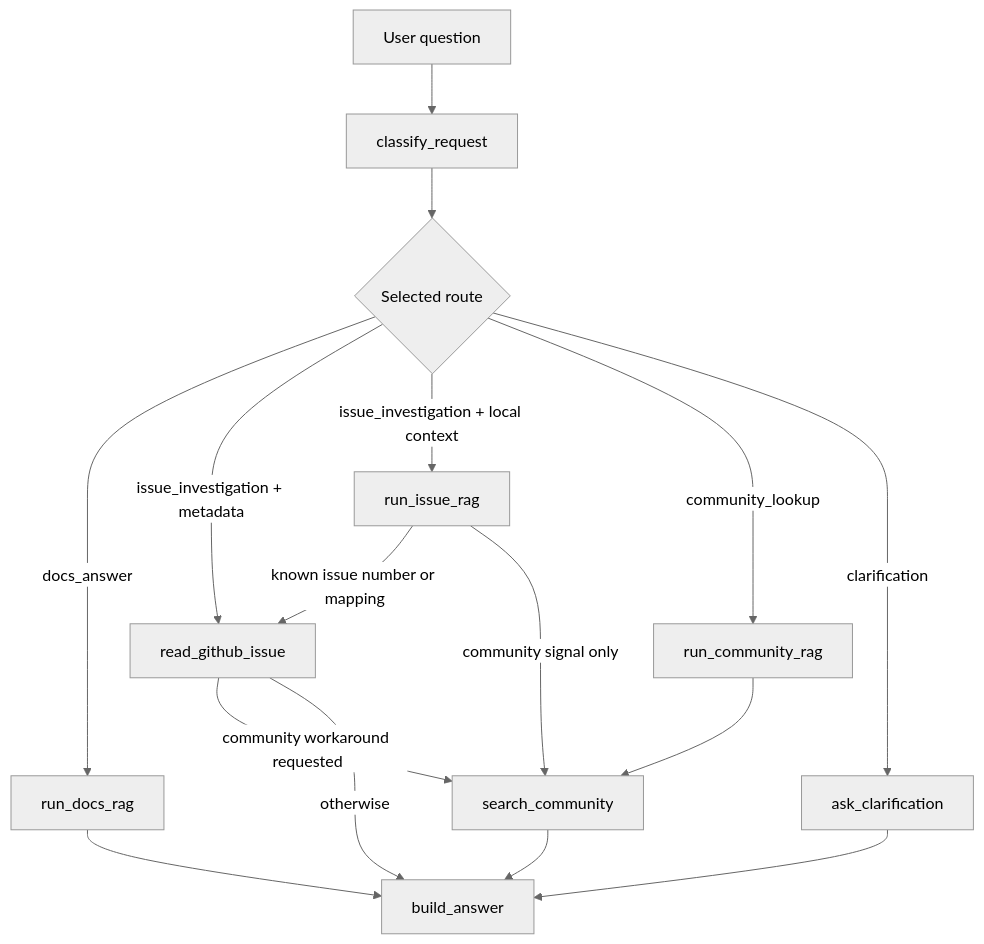
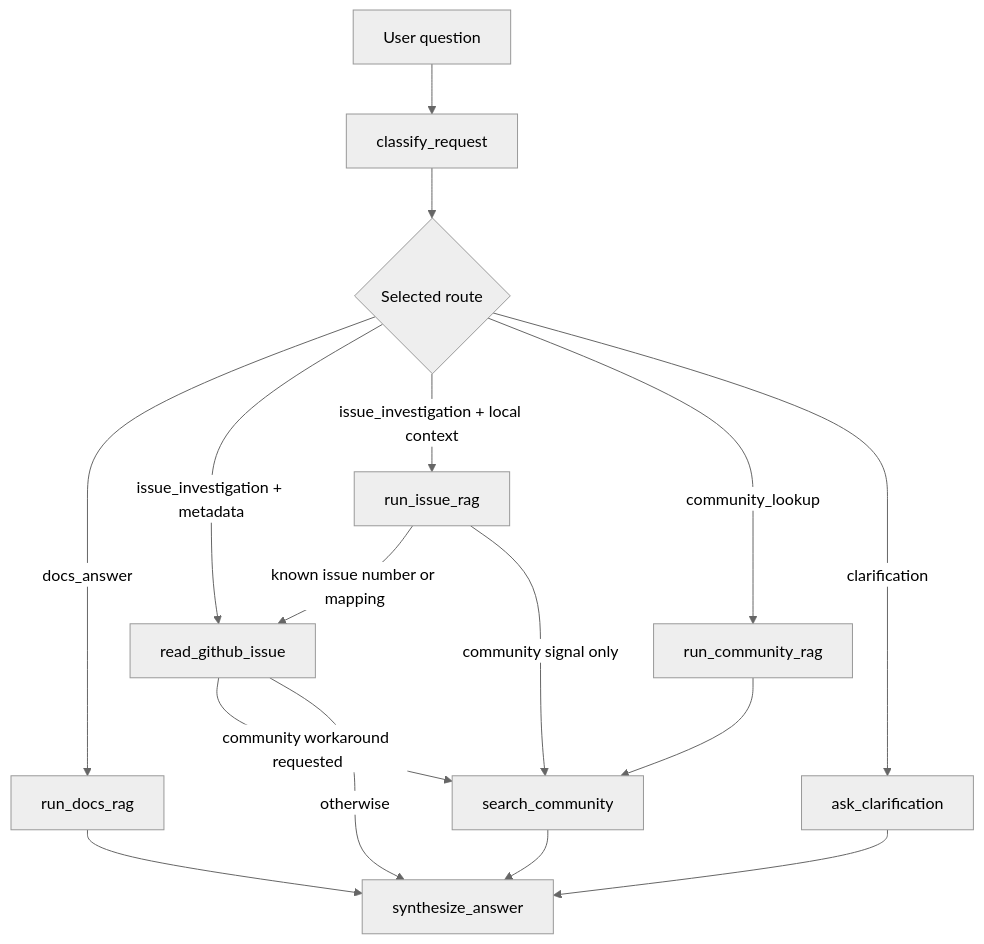
One commit to Uhbyxer/supp-bro changed the diagram in scripts/final/README.md. Above: the diagram before and after it, drawn with Mermaid (neutral theme). The commit also changed other lines of this file, not shown here.

````diff
--- a/scripts/final/README.md
+++ b/scripts/final/README.md
@@ -70,18 +70,18 @@
 ```mermaid
 flowchart TD
   Q["User question"] --> C["classify_request"]
   C --> D{"Selected route"}
   D -->|docs_answer| DR["run_docs_rag"]
   D -->|issue_investigation + metadata| GH["read_github_issue"]
   D -->|issue_investigation + local context| IR["run_issue_rag"]
   D -->|community_lookup| CR["run_community_rag"]
   D -->|clarification| AQ["ask_clarification"]
   IR -->|known issue number or mapping| GH
   IR -->|community signal only| SO
   CR --> SO["search_community"]
-  DR --> A["build_answer"]
+  DR --> A["synthesize_answer"]
   GH -->|community workaround requested| SO
   GH -->|otherwise| A
   SO --> A
   AQ --> A
 ```
````
